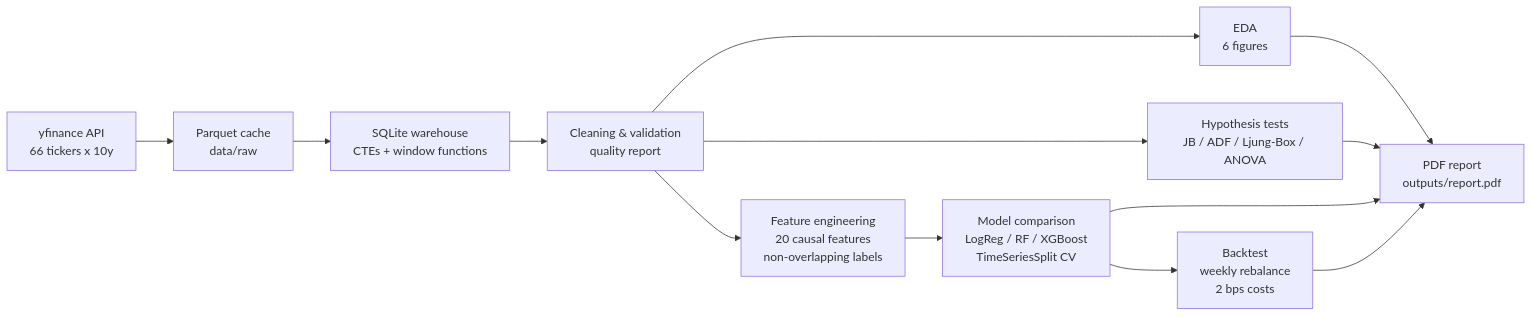
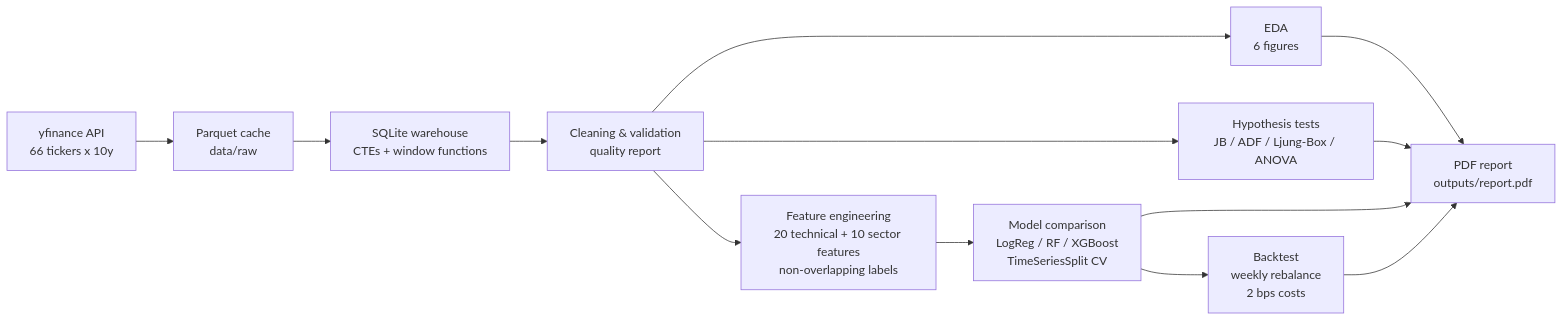
The diagram in README.md (CathyKernel/EquityLens), drawn with Mermaid before and after one commit. The commit also changed other lines of this file, not shown here.

````diff
--- a/README.md
+++ b/README.md
@@ -48,15 +47,15 @@
 ```mermaid
 flowchart LR
     A[yfinance API\n66 tickers x 10y] --> B[Parquet cache\ndata/raw]
     B --> C[SQLite warehouse\nCTEs + window functions]
     C --> D[Cleaning & validation\nquality report]
     D --> E[EDA\n6 figures]
     D --> F[Hypothesis tests\nJB / ADF / Ljung-Box / ANOVA]
-    D --> G[Feature engineering\n20 causal features\nnon-overlapping labels]
+    D --> G[Feature engineering\n20 technical + 10 sector features\nnon-overlapping labels]
     G --> H[Model comparison\nLogReg / RF / XGBoost\nTimeSeriesSplit CV]
     H --> I[Backtest\nweekly rebalance\n2 bps costs]
     E --> J[PDF report\noutputs/report.pdf]
     F --> J
     H --> J
     I --> J
 ```
````
